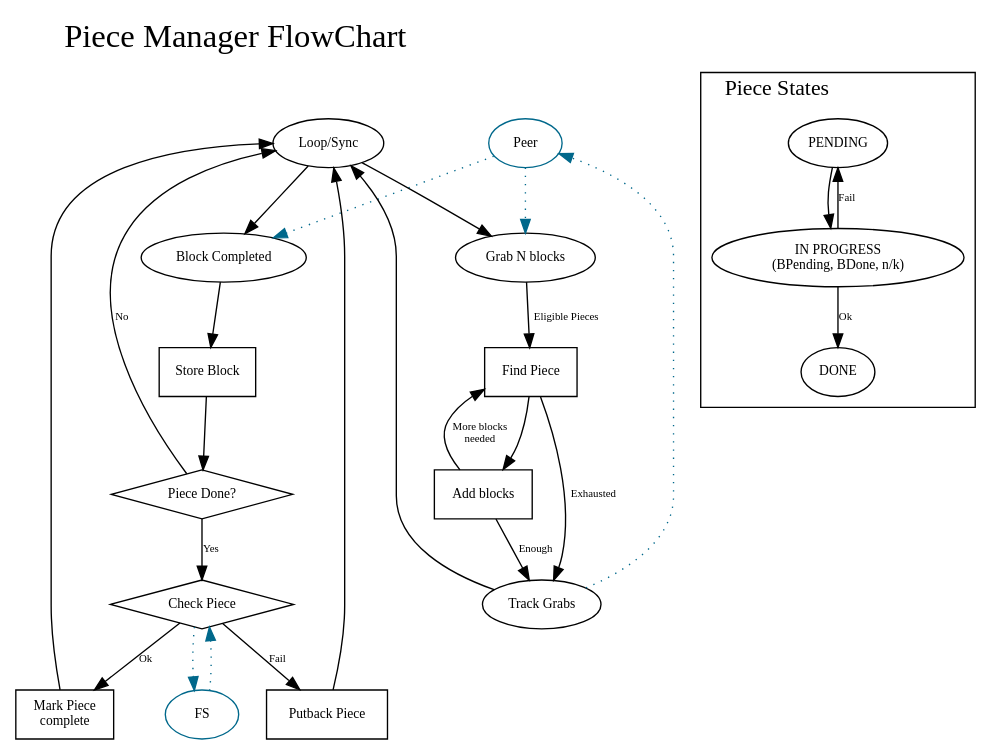
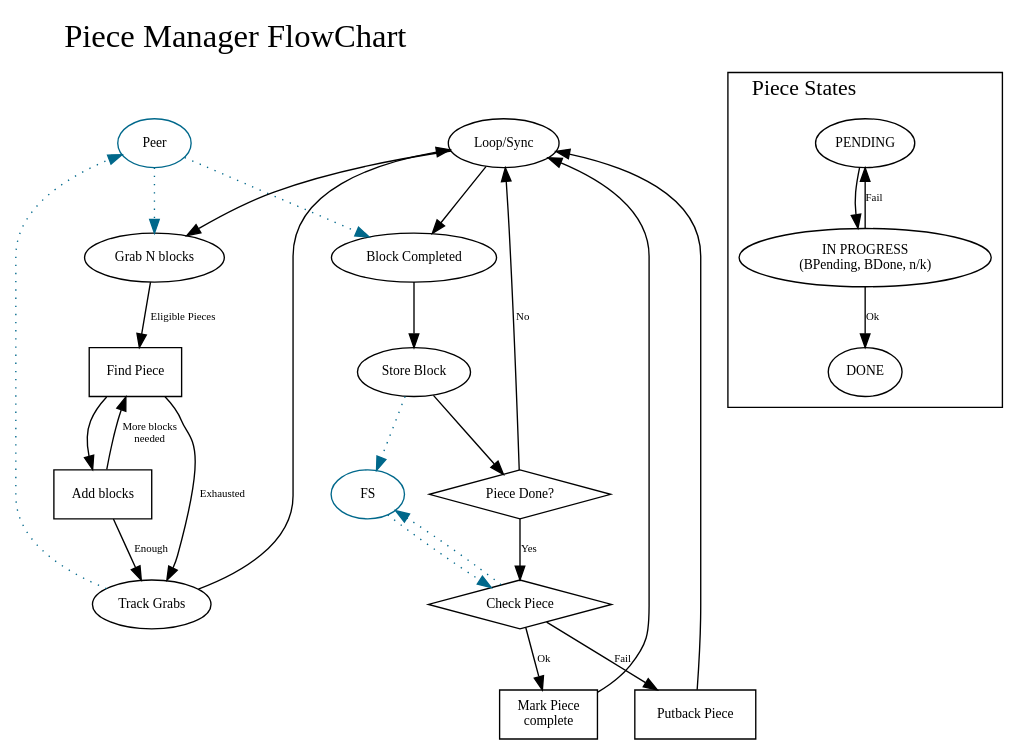
One commit to jlouis/combinatorrent changed the diagram in doc/PieceManager.dot. Above: the diagram before and after it, drawn with Graphviz.

Commit message:
Document that the FS receives something from the PieceManager when a block is stored.

```diff
--- a/doc/PieceManager.dot
+++ b/doc/PieceManager.dot
@@ -1,74 +1,75 @@
 digraph {
 	node [fontname="URW Gothic L",fontsize=10];
 	edge [fontname="URW Gothic L",fontsize=8];
 
 	labeljust = l;
 	labelloc = t;
 
 	fontsize = 24;
 	fontname="URW Gothic L";
 	label = "Piece Manager FlowChart";
 
 
 	// External communication
 	{ rank=same;
 	  peer [label="Peer", shape=ellipse,color=deepskyblue4];
 	  loop [label="Loop/Sync"];
         }
 
 	fs [label="FS", shape=ellipse,color=deepskyblue4];
 	fs -> checkp [style=dotted,color=deepskyblue4];
+	storeb -> fs [style=dotted,color=deepskyblue4];
 	checkp -> fs [style=dotted,color=deepskyblue4];
 
 	// Internal state changes
 	peer -> grab [style=dotted,color=deepskyblue4];
 	trackb -> peer [style=dotted,color=deepskyblue4];
 	peer -> blockc [style=dotted,color=deepskyblue4];
 
 	node [shape=box];
 
 	grab [label="Grab N blocks"];
 	findp [label="Find Piece"];
 	addb [label="Add blocks"];
 	trackb [label="Track Grabs"];
 
 	blockc [label="Block Completed"];
 	storeb [label="Store Block"];
 	pieced [label="Piece Done?", shape=diamond];
 	checkp [label="Check Piece", shape=diamond];
 	markc  [label="Mark Piece\ncomplete"];
 	putbackp [label="Putback Piece"];
 
 	loop -> blockc;
 	blockc -> storeb;
 	storeb -> pieced;
 	pieced -> loop [label="No"];
 	pieced -> checkp [label="Yes"];
 	checkp -> markc [label="Ok"];
 	markc -> loop;
 	checkp -> putbackp [label="Fail"];
 	putbackp -> loop;
 
 	loop -> grab;
 	grab -> findp [label="Eligible Pieces"];
 	findp -> addb;
 	findp -> trackb [label="Exhausted"];
 	addb -> findp [label="More blocks\nneeded"];
 	addb -> trackb [label="Enough"];
 	trackb -> loop;
 
 	subgraph cluster_piece_state {
 		 fontsize = 16;
 		 label = "Piece States";
 
 		 node [shape=ellipse];
 		 pending [label="PENDING"];
 		 in_progress [label="IN PROGRESS\n(BPending, BDone, n/k)"];
 		 done [label="DONE"];
 
 		 pending -> in_progress;
 		 in_progress -> pending [label="Fail"];
 		 in_progress -> done [label="Ok"];
 
 	}
 }
```
